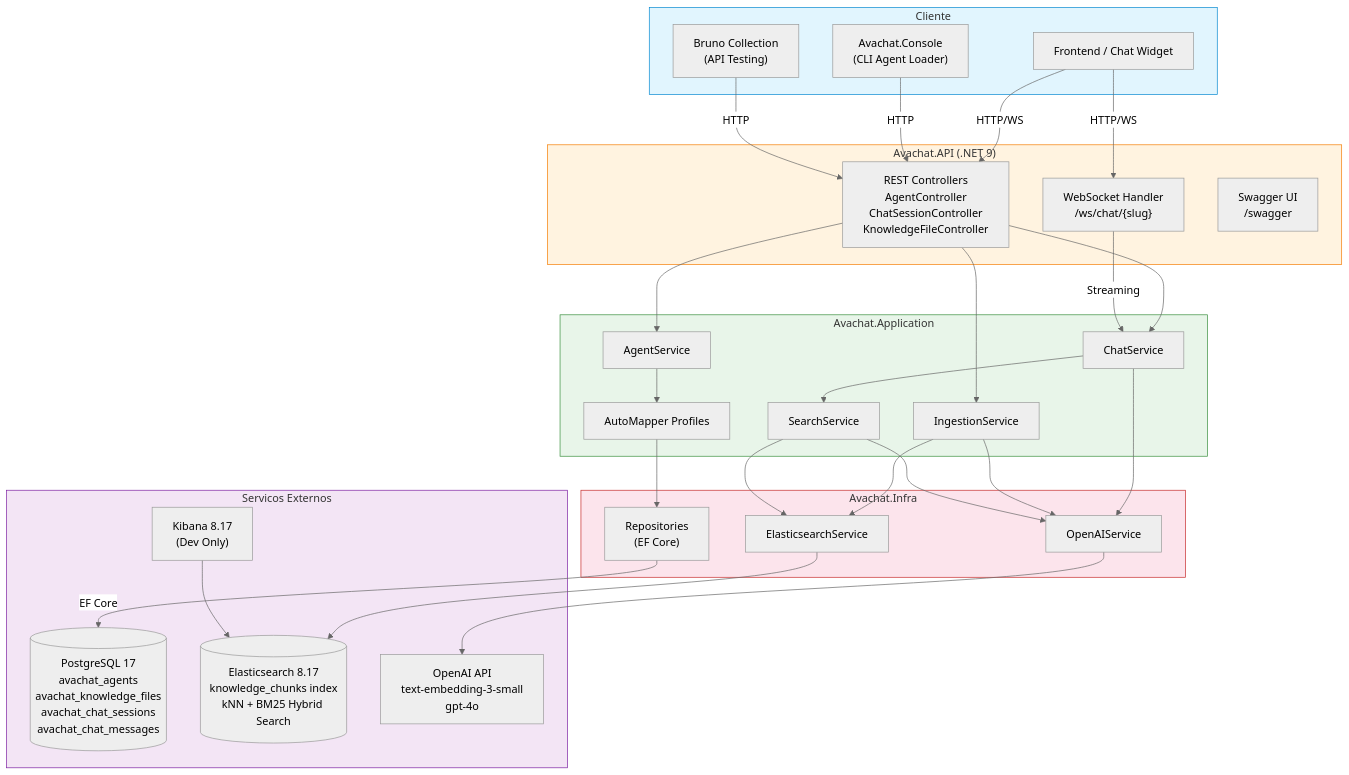
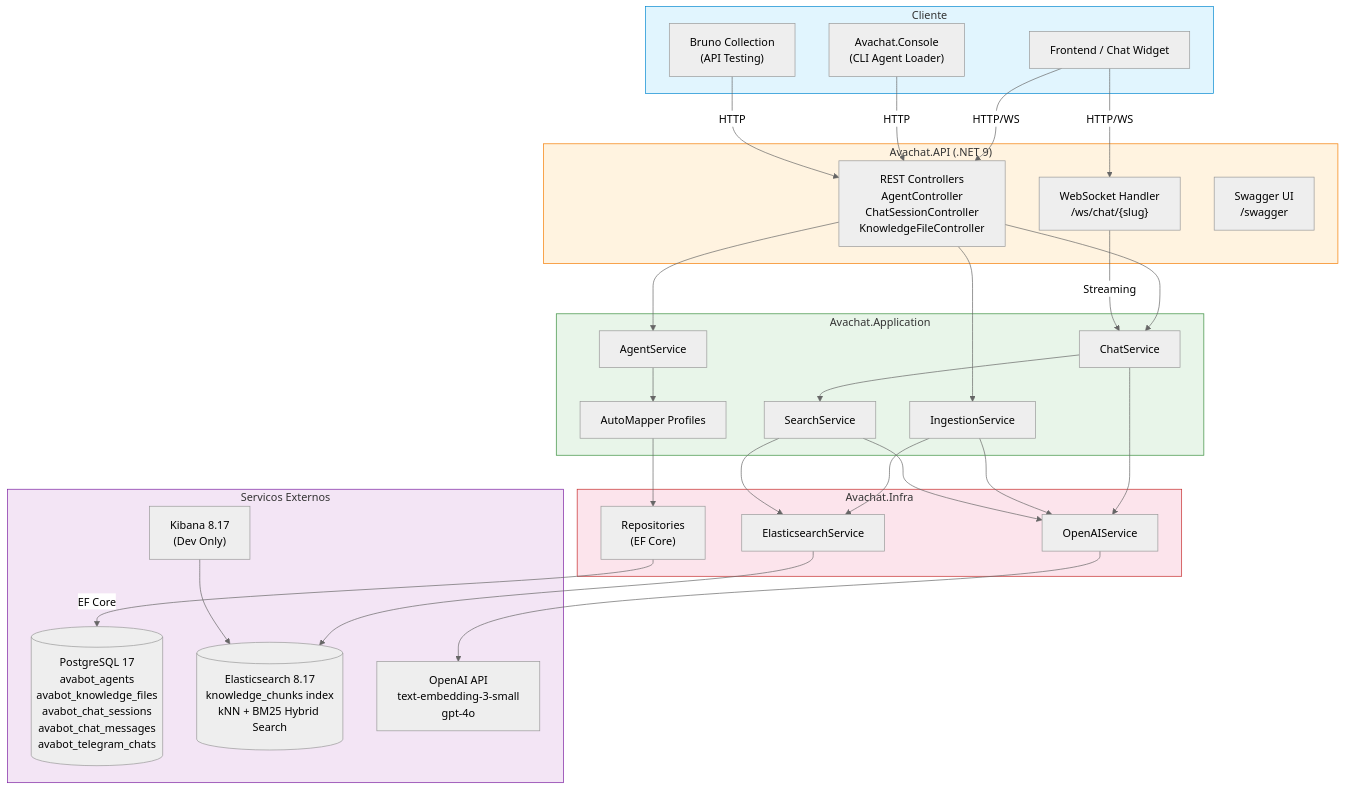
The diagram in docs/system-design.mmd (emaginebr/AvaBot), drawn with Mermaid (neutral theme) before and after one commit. The commit also changed 30 other files, not shown here.

```diff
--- a/docs/system-design.mmd
+++ b/docs/system-design.mmd
@@ -1,57 +1,57 @@
 flowchart TD
     subgraph Client["Cliente"]
         WEB["Frontend / Chat Widget"]
         CONSOLE["Avachat.Console<br/>(CLI Agent Loader)"]
         BRUNO["Bruno Collection<br/>(API Testing)"]
     end
 
     subgraph API["Avachat.API (.NET 9)"]
         REST["REST Controllers<br/>AgentController<br/>ChatSessionController<br/>KnowledgeFileController"]
         WS["WebSocket Handler<br/>/ws/chat/{slug}"]
         SWAGGER["Swagger UI<br/>/swagger"]
     end
 
     subgraph Application["Avachat.Application"]
         AGENT_SVC["AgentService"]
         CHAT_SVC["ChatService"]
         INGESTION_SVC["IngestionService"]
         SEARCH_SVC["SearchService"]
         MAPPER["AutoMapper Profiles"]
     end
 
     subgraph Infra["Avachat.Infra"]
         REPOS["Repositories<br/>(EF Core)"]
         ES_SVC["ElasticsearchService"]
         OPENAI_SVC["OpenAIService"]
     end
 
     subgraph External["Servicos Externos"]
-        PG[("PostgreSQL 17<br/>avachat_agents<br/>avachat_knowledge_files<br/>avachat_chat_sessions<br/>avachat_chat_messages")]
+        PG[("PostgreSQL 17<br/>avabot_agents<br/>avabot_knowledge_files<br/>avabot_chat_sessions<br/>avabot_chat_messages<br/>avabot_telegram_chats")]
         ES[("Elasticsearch 8.17<br/>knowledge_chunks index<br/>kNN + BM25 Hybrid Search")]
         OPENAI["OpenAI API<br/>text-embedding-3-small<br/>gpt-4o"]
         KIBANA["Kibana 8.17<br/>(Dev Only)"]
     end
 
     WEB -->|HTTP/WS| REST & WS
     CONSOLE -->|HTTP| REST
     BRUNO -->|HTTP| REST
 
     REST --> AGENT_SVC & CHAT_SVC & INGESTION_SVC
     WS -->|Streaming| CHAT_SVC
 
     AGENT_SVC --> MAPPER --> REPOS
     CHAT_SVC --> SEARCH_SVC
     CHAT_SVC --> OPENAI_SVC
     INGESTION_SVC --> ES_SVC & OPENAI_SVC
     SEARCH_SVC --> ES_SVC & OPENAI_SVC
 
     REPOS -->|EF Core| PG
     ES_SVC --> ES
     OPENAI_SVC --> OPENAI
     KIBANA --> ES
 
     style Client fill:#e1f5fe,stroke:#0288d1
     style API fill:#fff3e0,stroke:#f57c00
     style Application fill:#e8f5e9,stroke:#388e3c
     style Infra fill:#fce4ec,stroke:#c62828
     style External fill:#f3e5f5,stroke:#7b1fa2
```
